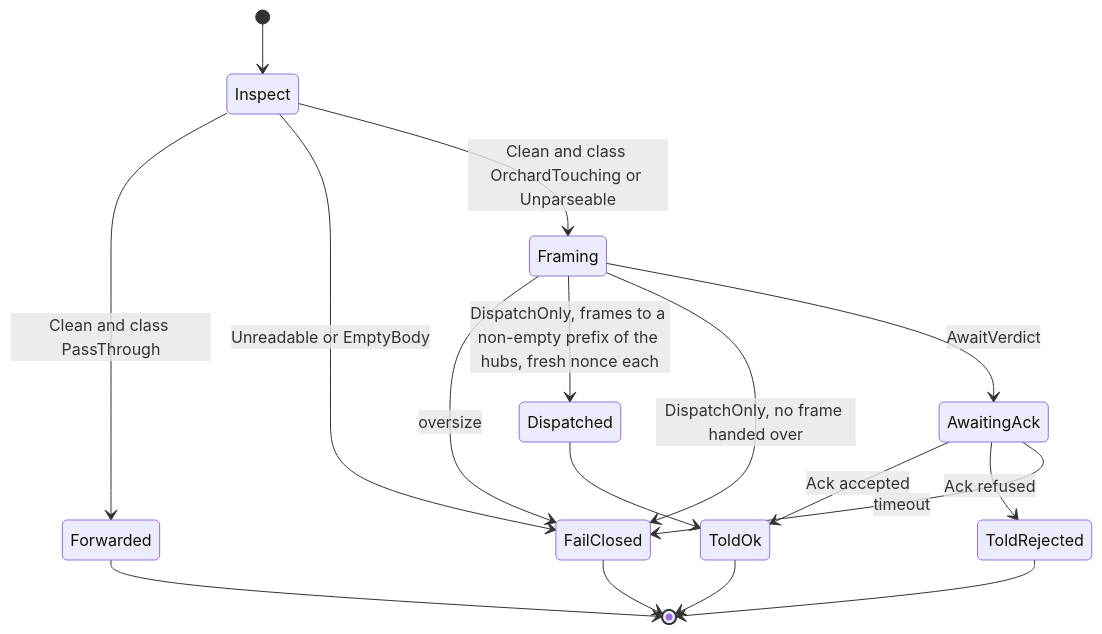
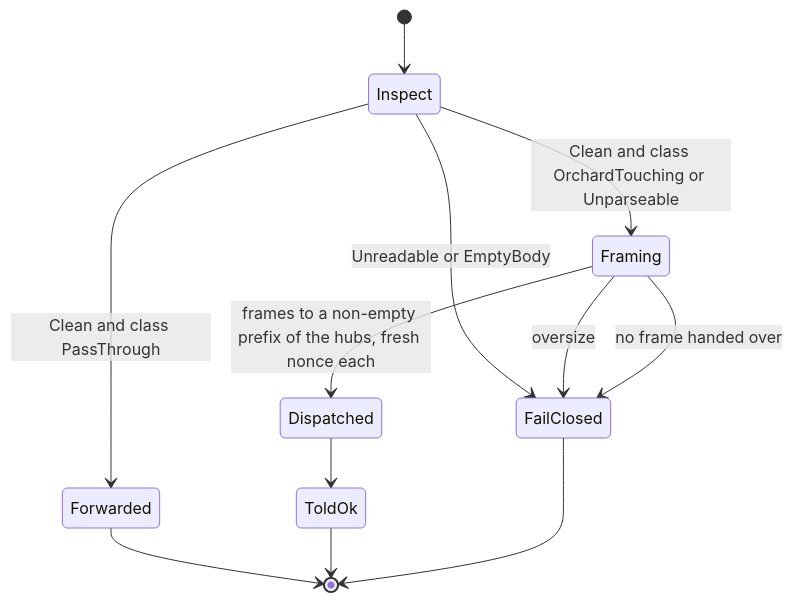
Before and after one commit to ShieldedLabs/zero: the first of 10 diagrams in zeronym/spec/protocol/README.md, drawn with Mermaid. The commit also changed other lines of this file and 10 other files, not shown here.

````diff
--- a/zeronym/spec/protocol/README.md
+++ b/zeronym/spec/protocol/README.md
@@ -201,19 +202,14 @@
 ```mermaid
 stateDiagram-v2
     [*] --> Inspect
     Inspect --> Forwarded: Clean and class PassThrough
     Inspect --> FailClosed: Unreadable or EmptyBody
     Inspect --> Framing: Clean and class OrchardTouching or Unparseable
     Framing --> FailClosed: oversize
-    Framing --> Dispatched: DispatchOnly, frames to a non-empty prefix of the hubs, fresh nonce each
-    Framing --> FailClosed: DispatchOnly, no frame handed over
-    Framing --> AwaitingAck: AwaitVerdict
+    Framing --> Dispatched: frames to a non-empty prefix of the hubs, fresh nonce each
+    Framing --> FailClosed: no frame handed over
     Dispatched --> ToldOk
-    AwaitingAck --> ToldOk: Ack accepted
-    AwaitingAck --> ToldRejected: Ack refused
-    AwaitingAck --> FailClosed: timeout
     Forwarded --> [*]
     ToldOk --> [*]
-    ToldRejected --> [*]
     FailClosed --> [*]
 ```
````
